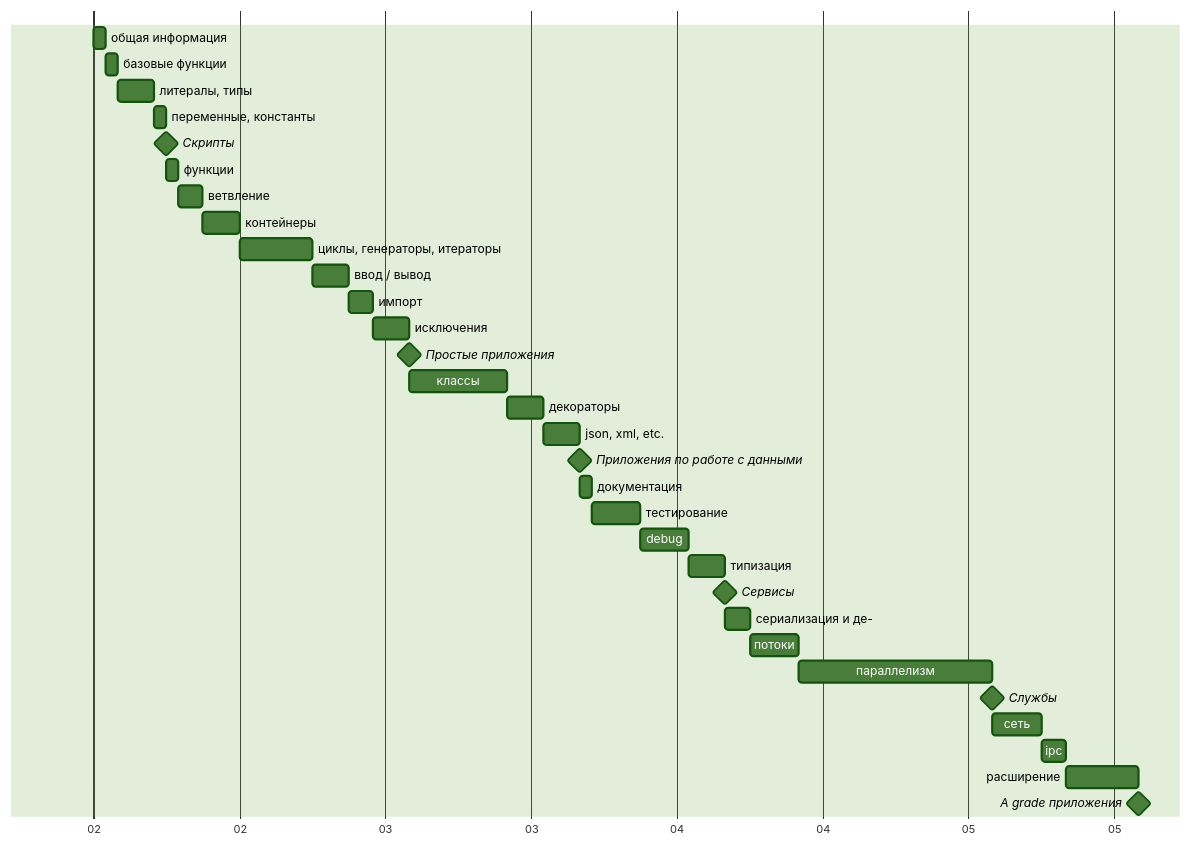
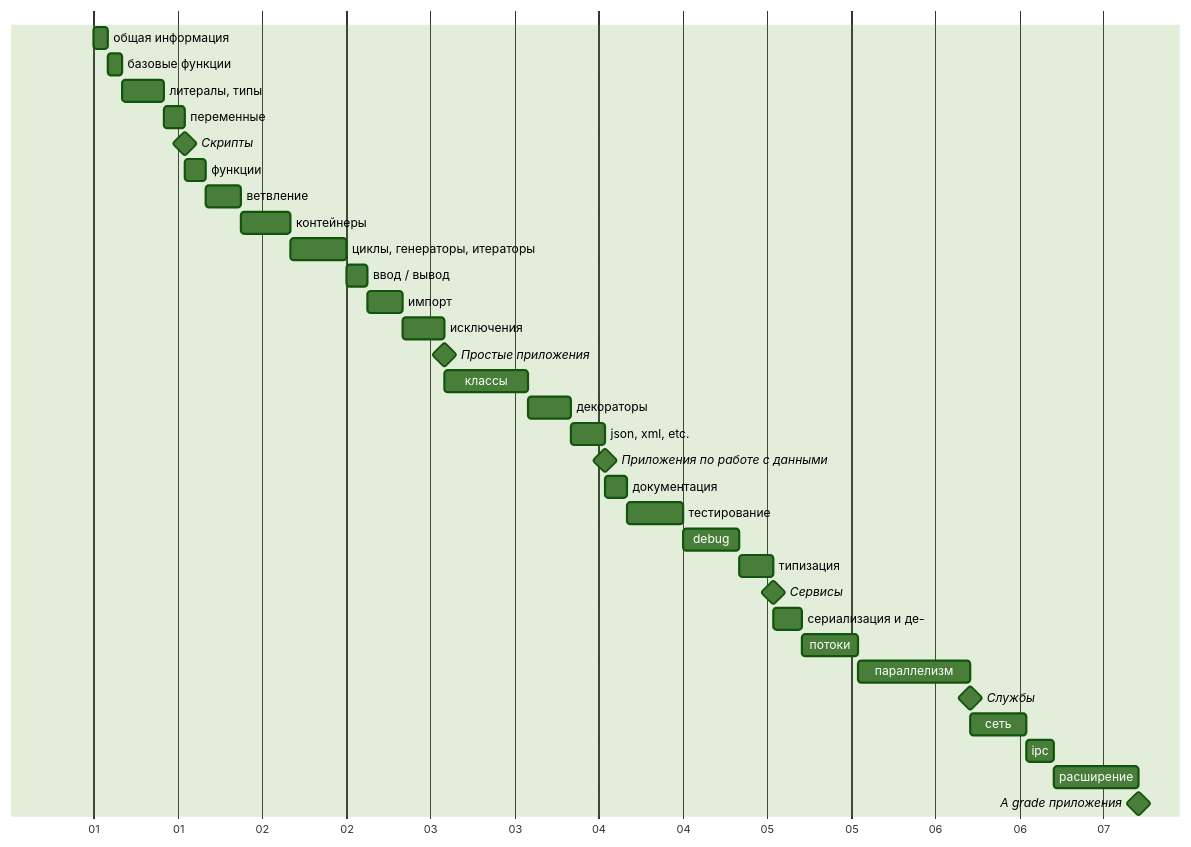
The diagram in README.ru.md (maxja/pythonic), drawn with Mermaid before and after one commit. The commit also changed other lines of this file, not shown here.

Commit message:
docs(readme): refine string literal section on russian edition

````diff
--- a/README.ru.md
+++ b/README.ru.md
@@ -27,38 +27,38 @@
 ```mermaid
 %%{init: {'theme':'forest'}}%%
 gantt
   dateFormat off
   axisFormat %d
   todayMarker off
 
-  общая информация      :general,    2023-12-02, 1h
-  базовые функции       :basic,      after general, 1h
-  литералы, типы        :types,      after basic, 3h
-  переменные, константы :var_const,  after types, 1h
+  общая информация      :general,    0, 2h
+  базовые функции       :basic,      after general, 2h
+  литералы, типы        :types,      after basic, 6h
+  переменные            :var_const,  after types, 3h
   Скрипты :milestone, m1
-  функции               :def,        after var_const, 1h
-  ветвление             :branching,  after def, 2h
-  контейнеры            :containers, after branching, 3h
-  циклы, генераторы, итераторы :loops, after containers, 6h
+  функции               :def,        after var_const, 3h
+  ветвление             :branching,  after def, 5h
+  контейнеры            :containers, after branching, 7h
+  циклы, генераторы, итераторы :loops, after containers, 8h
   ввод / вывод          :io,         after loops, 3h
-  импорт                :import,     after io, 2h
-  исключения            :exceptions, after import, 3h
+  импорт                :import,     after io, 5h
+  исключения            :exceptions, after import, 6h
   Простые приложения :milestone, m2
-  классы                :class,      after exceptions, 8h
-  декораторы            :decorators, after class, 3h
-  json, xml, etc.       :file_formats, after decorators, 3h
+  классы                :class,      after exceptions, 12h
+  декораторы            :decorators, after class, 6h
+  json, xml, etc.       :file_formats, after decorators, 5h
   Приложения по работе с данными :milestone, m3
-  документация          :docs,       after file_formats, 1h
-  тестирование          :testing,    after docs, 4h
-  debug                 :debug,      after testing, 4h
-  типизация             :type_system, after debug, 3h
+  документация          :docs,       after file_formats, 3h
+  тестирование          :testing,    after docs, 8h
+  debug                 :debug,      after testing, 8h
+  типизация             :type_system, after debug, 5h
   Сервисы :milestone, m4
-  сериализация и де-    :serialization, after type_system, 2h
-  потоки                :streams, after serialization, 4h
+  сериализация и де-    :serialization, after type_system, 4h
+  потоки                :streams, after serialization, 8h
   параллелизм           :concurrency, after streams, 16h
   Службы :milestone, m5
-  сеть                  :net, after concurrency, 4h
-  ipc                   :ipc, after net, 2h
-  расширение            :extensions, after ipc, 6h
+  сеть                  :net, after concurrency, 8h
+  ipc                   :ipc, after net, 4h
+  расширение            :extensions, after ipc, 12h
   A grade приложения :milestone, m6
 ```
````
